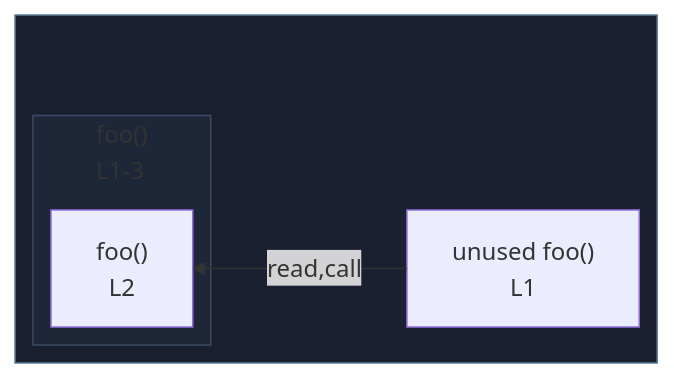
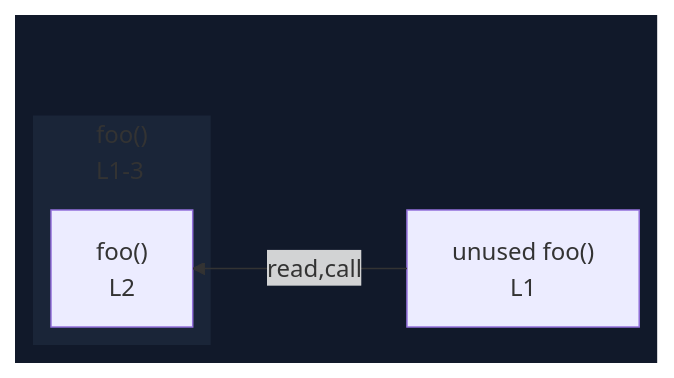
The diagram in integration/fixtures/function/declaration/recursive-only/preview.md (crescware/unsnarl), drawn with Mermaid before and after one commit. The commit also changed 263 other files, not shown here.

First line of the commit message:
Drop fnWrap class and color function wrappers via the nest palette

````diff
--- a/integration/fixtures/function/declaration/recursive-only/preview.md
+++ b/integration/fixtures/function/declaration/recursive-only/preview.md
@@ -13,17 +13,17 @@
 ```mermaid
 %%{init: {"flowchart": {"defaultRenderer": "elk"}}}%%
 flowchart RL
   subgraph wrap_s_scope_1[" "]
     direction TB
     n_scope_0_foo_9["unused foo()<br/>L1"]
     subgraph s_scope_1["foo()<br/>L1-3"]
       direction RL
       expr_stmt_19["foo()<br/>L2"]
     end
   end
   n_scope_0_foo_9 -->|read,call| expr_stmt_19
-  classDef fnWrap fill:#1a2030,stroke:#5a7d99;
-  class wrap_s_scope_1 fnWrap;
-  classDef nestL1 fill:#1e2738,stroke:#3d4a63;
-  class s_scope_1 nestL1;
+  classDef nestL1 fill:#11192a,stroke:transparent;
+  class wrap_s_scope_1 nestL1;
+  classDef nestL2 fill:#1a2538,stroke:transparent;
+  class s_scope_1 nestL2;
 ```
````
